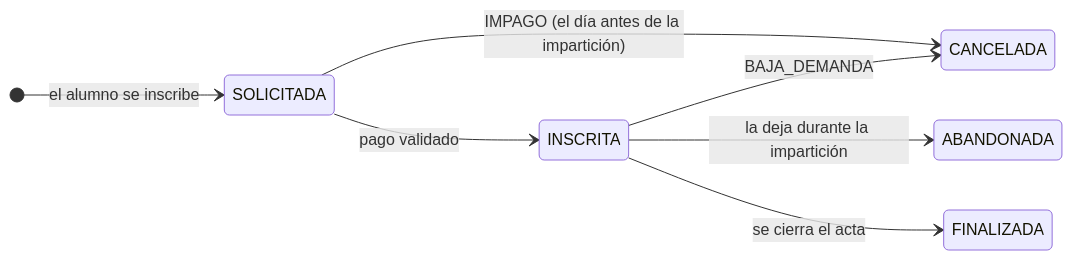
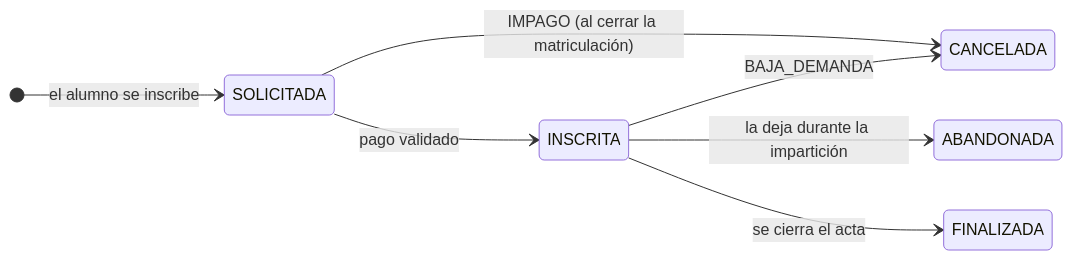
One commit to andrea-ivanov/IPS2026-PL22 changed the fifth of 5 diagrams in docs/DATABASE.md. Above: the diagram before and after it, drawn with Mermaid. The commit also changed other lines of this file and 3 other files, not shown here.

````diff
--- a/docs/DATABASE.md
+++ b/docs/DATABASE.md
@@ -500,10 +501,10 @@
 ```mermaid
 stateDiagram-v2
     direction LR
     [*] --> SOLICITADA : el alumno se inscribe
     SOLICITADA --> INSCRITA : pago validado
-    SOLICITADA --> CANCELADA : IMPAGO (el día antes de la impartición)
+    SOLICITADA --> CANCELADA : IMPAGO (al cerrar la matriculación)
     INSCRITA --> CANCELADA : BAJA_DEMANDA
     INSCRITA --> ABANDONADA : la deja durante la impartición
     INSCRITA --> FINALIZADA : se cierra el acta
 ```
````
